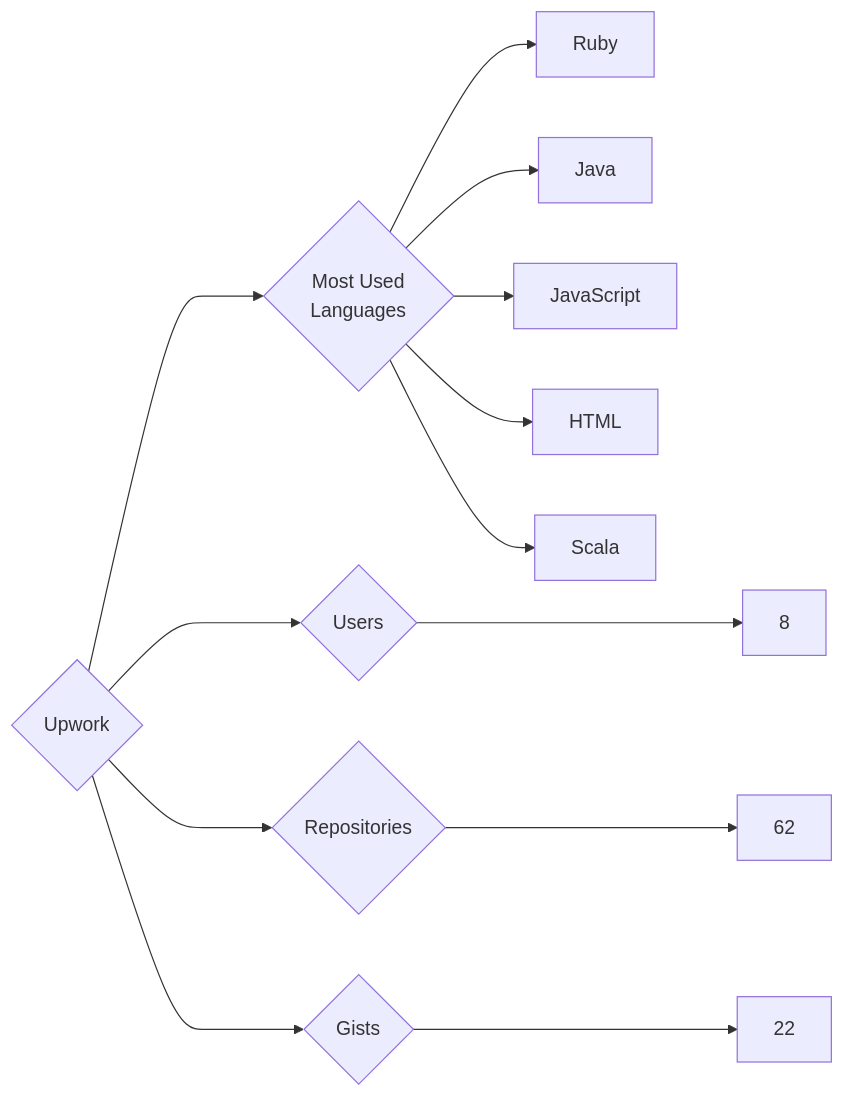
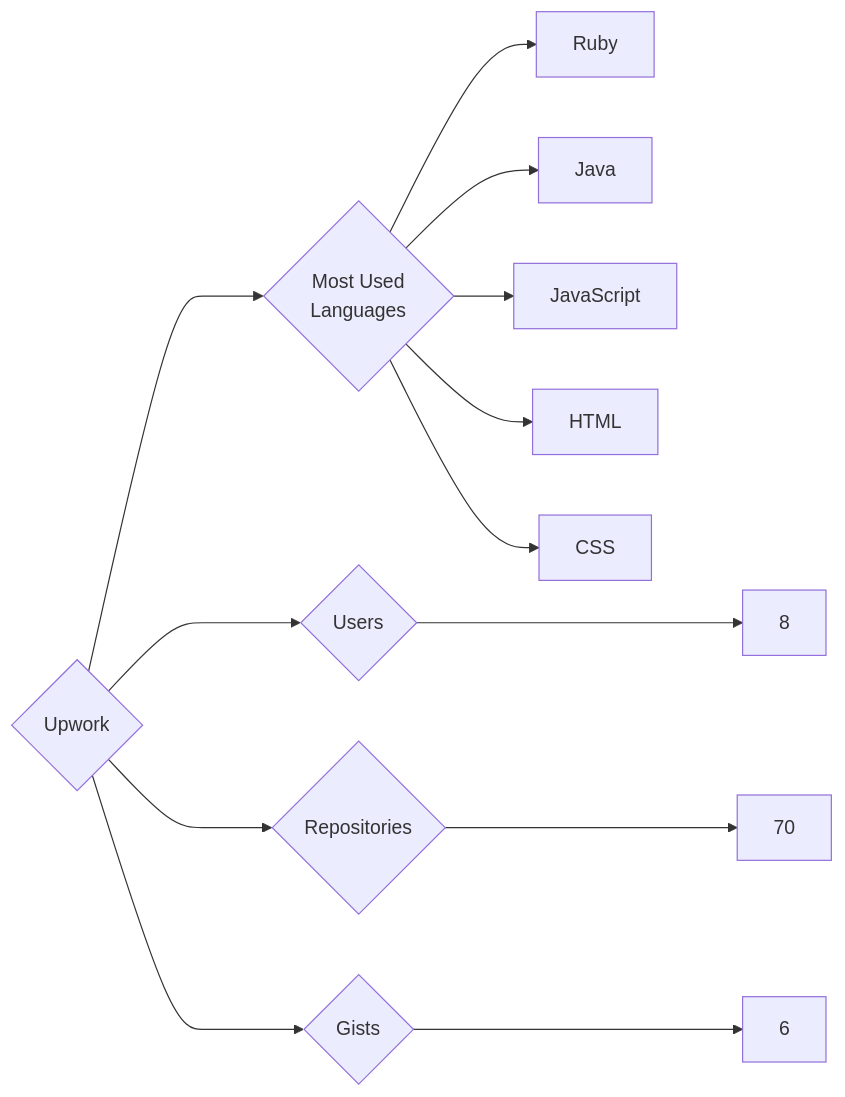
Before and after one commit to trickest/insiders: the diagram in targets/Upwork/README.md, drawn with Mermaid. The commit also changed 1508 other files, not shown here.

````diff
--- a/targets/Upwork/README.md
+++ b/targets/Upwork/README.md
@@ -3,13 +3,13 @@
 ```mermaid
 graph LR
 COMPANY_NAME{Upwork}
 COMPANY_NAME ---> U{Users} ---> UN[8]
-COMPANY_NAME ---> R{Repositories} ---> RN[62]
-COMPANY_NAME ---> G{Gists} ---> GN[22]
+COMPANY_NAME ---> R{Repositories} ---> RN[70]
+COMPANY_NAME ---> G{Gists} ---> GN[6]
 COMPANY_NAME ---> ML{Most Used<br>Languages}
 ML --> Ruby[Ruby]
 ML --> Java[Java]
 ML --> JavaScript[JavaScript]
 ML --> HTML[HTML]
-ML --> Scala[Scala]
+ML --> CSS[CSS]
 ```
````
